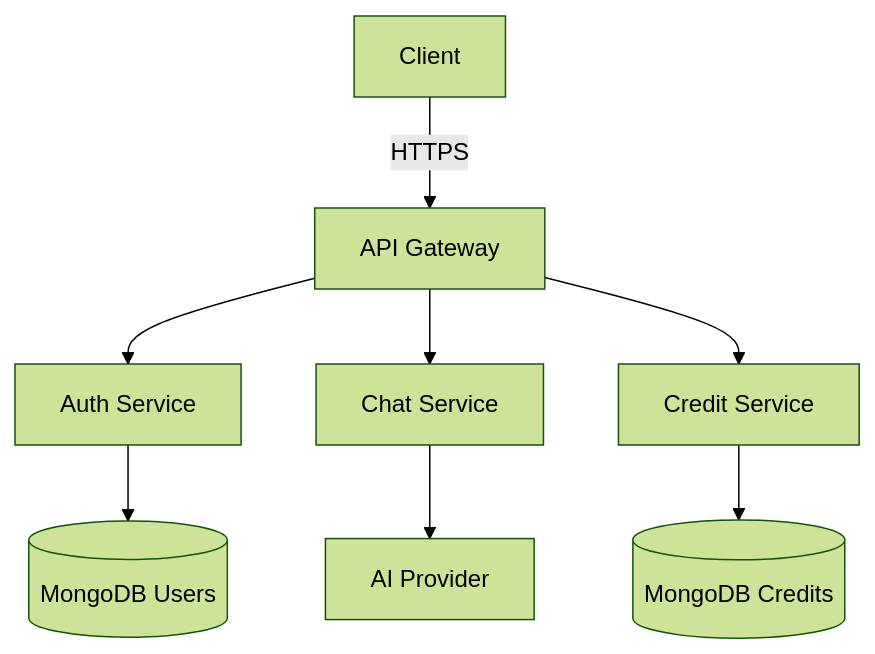
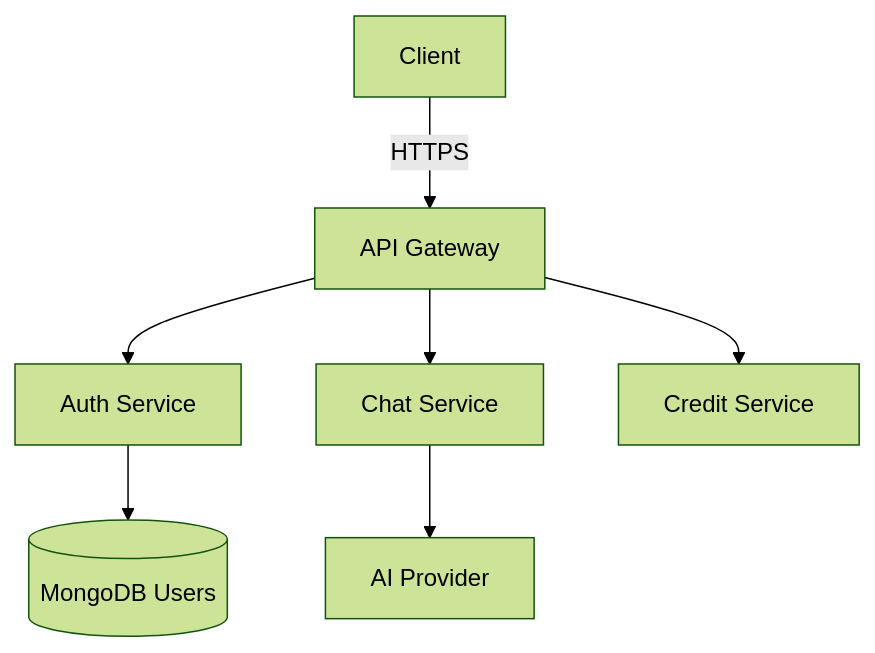
One commit to 201Harsh/Emo-AI-CB changed the diagram in readme.md. Above: the diagram before and after it, drawn with Mermaid (forest theme). The commit also changed other lines of this file, not shown here.

````diff
--- a/readme.md
+++ b/readme.md
@@ -58,10 +57,9 @@
 ```mermaid
 flowchart TD
     A[Client] -->|HTTPS| B[API Gateway]
     B --> C[Auth Service]
     B --> D[Chat Service]
     B --> E[Credit Service]
     C --> F[(MongoDB Users)]
     D --> G[AI Provider]
-    E --> H[(MongoDB Credits)]
 ```
````
